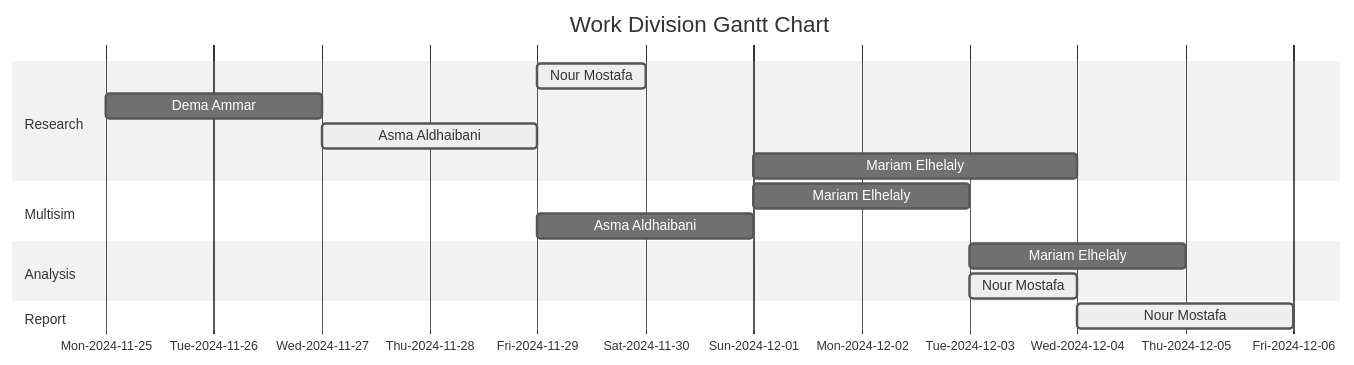
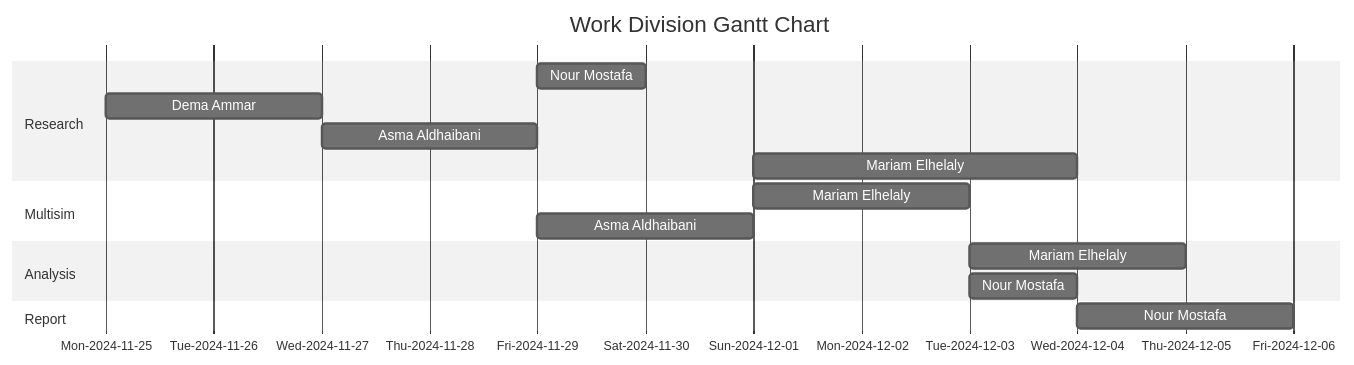
One commit to Nour-MK/MyCircuitDesigns changed the diagram in 220V AC to 3V DC Power Supply Circuit/README.md. Above: the diagram before and after it, drawn with Mermaid (neutral theme).

````diff
--- a/220V AC to 3V DC Power Supply Circuit/README.md
+++ b/220V AC to 3V DC Power Supply Circuit/README.md
@@ -176,20 +176,20 @@
 ```mermaid
 gantt
     title Work Division Gantt Chart
     tickInterval 1day
     todayMarker off
     axisFormat %a-%Y-%m-%d
     section Research         
-        Nour Mostafa : active, 2024-11-29 00:00, 1d
+        Nour Mostafa : 2024-11-29 00:00, 1d
         Dema Ammar : 2024-11-25 00:00, 2d
-        Asma Aldhaibani : active, 2024-11-27 00:00, 2d
+        Asma Aldhaibani : 2024-11-27 00:00, 2d
         Mariam Elhelaly : 2024-12-01 00:00, 3d
     section Multisim         
         Mariam Elhelaly : 2024-12-01 00:00, 2d
         Asma Aldhaibani : 2024-11-29 00:00, 2d
     section Analysis       
         Mariam Elhelaly : 2024-12-03 00:00, 2d
-        Nour Mostafa : active, 2024-12-03 00:00, 1d
+        Nour Mostafa :  2024-12-03 00:00, 1d
     section Report
-        Nour Mostafa : active, 2024-12-4 00:00, 2d
+        Nour Mostafa : 2024-12-4 00:00, 2d
 ```
````
